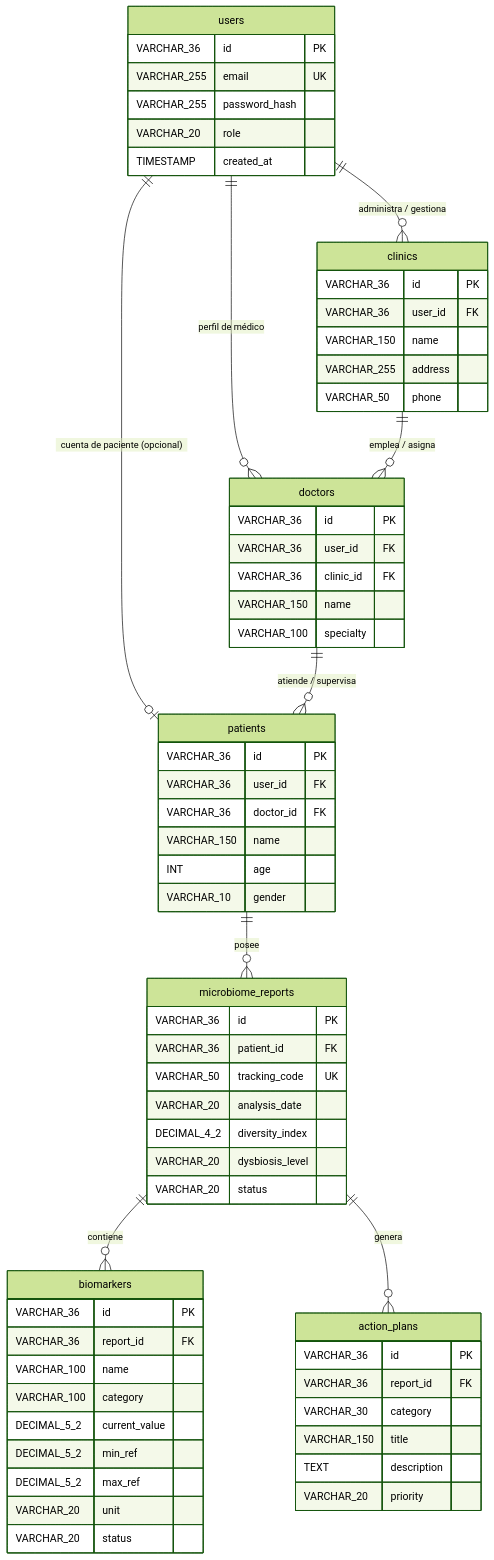
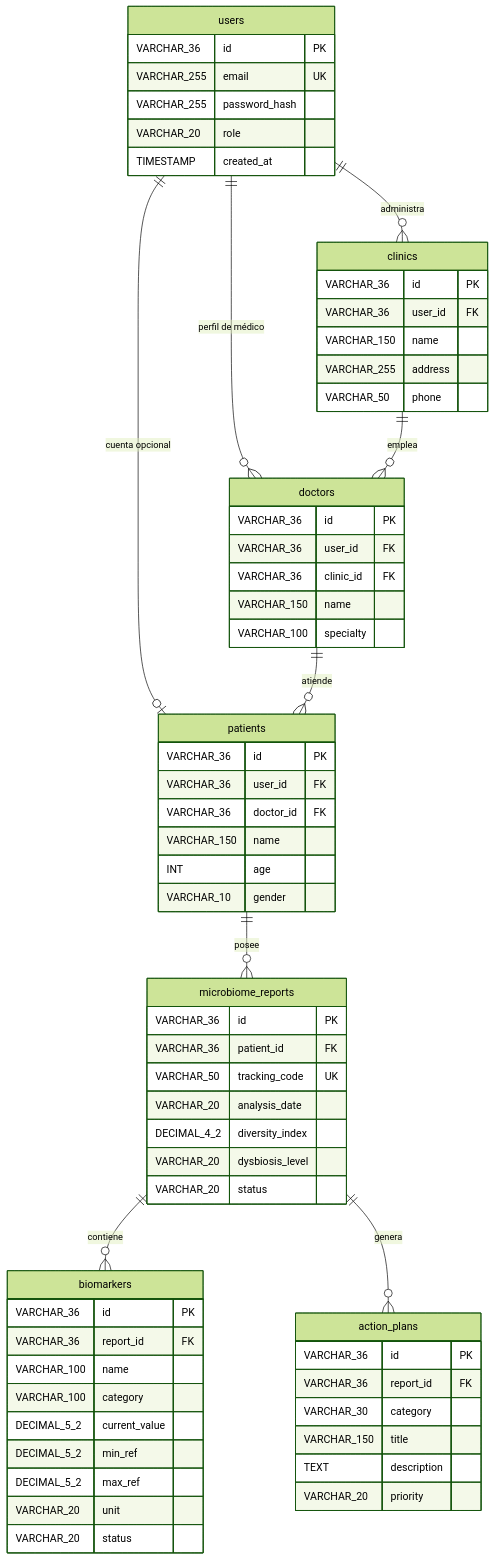
One commit to guille15j/clinical-report-manager changed the third of 3 diagrams in README.md. Above: the diagram before and after it, drawn with Mermaid (forest theme). The commit also changed other lines of this file and 2 other files, not shown here.

Commit message:
refactor: update README files to enhance project documentation and clarify architecture

````diff
--- a/README.md
+++ b/README.md
@@ -89,75 +118,75 @@
 ```mermaid
 erDiagram
-    users ||--o{ clinics : "administra / gestiona"
+    users ||--o{ clinics : "administra"
     users ||--o{ doctors : "perfil de médico"
-    users ||--o| patients : "cuenta de paciente (opcional)"
-    clinics ||--o{ doctors : "emplea / asigna"
-    doctors ||--o{ patients : "atiende / supervisa"
+    users ||--o| patients : "cuenta opcional"
+    clinics ||--o{ doctors : "emplea"
+    doctors ||--o{ patients : "atiende"
     patients ||--o{ microbiome_reports : "posee"
     microbiome_reports ||--o{ biomarkers : "contiene"
     microbiome_reports ||--o{ action_plans : "genera"
 
     users {
         VARCHAR_36 id PK
         VARCHAR_255 email UK
         VARCHAR_255 password_hash
         VARCHAR_20 role
         TIMESTAMP created_at
     }
 
     clinics {
         VARCHAR_36 id PK
         VARCHAR_36 user_id FK
         VARCHAR_150 name
         VARCHAR_255 address
         VARCHAR_50 phone
     }
 
     doctors {
         VARCHAR_36 id PK
         VARCHAR_36 user_id FK
         VARCHAR_36 clinic_id FK
         VARCHAR_150 name
         VARCHAR_100 specialty
     }
 
     patients {
         VARCHAR_36 id PK
         VARCHAR_36 user_id FK
         VARCHAR_36 doctor_id FK
         VARCHAR_150 name
         INT age
         VARCHAR_10 gender
     }
 
     microbiome_reports {
         VARCHAR_36 id PK
         VARCHAR_36 patient_id FK
         VARCHAR_50 tracking_code UK
         VARCHAR_20 analysis_date
         DECIMAL_4_2 diversity_index
         VARCHAR_20 dysbiosis_level
         VARCHAR_20 status
     }
 
     biomarkers {
         VARCHAR_36 id PK
         VARCHAR_36 report_id FK
         VARCHAR_100 name
         VARCHAR_100 category
         DECIMAL_5_2 current_value
         DECIMAL_5_2 min_ref
         DECIMAL_5_2 max_ref
         VARCHAR_20 unit
         VARCHAR_20 status
     }
 
     action_plans {
         VARCHAR_36 id PK
         VARCHAR_36 report_id FK
         VARCHAR_30 category
         VARCHAR_150 title
         TEXT description
         VARCHAR_20 priority
     }
 ```
````
